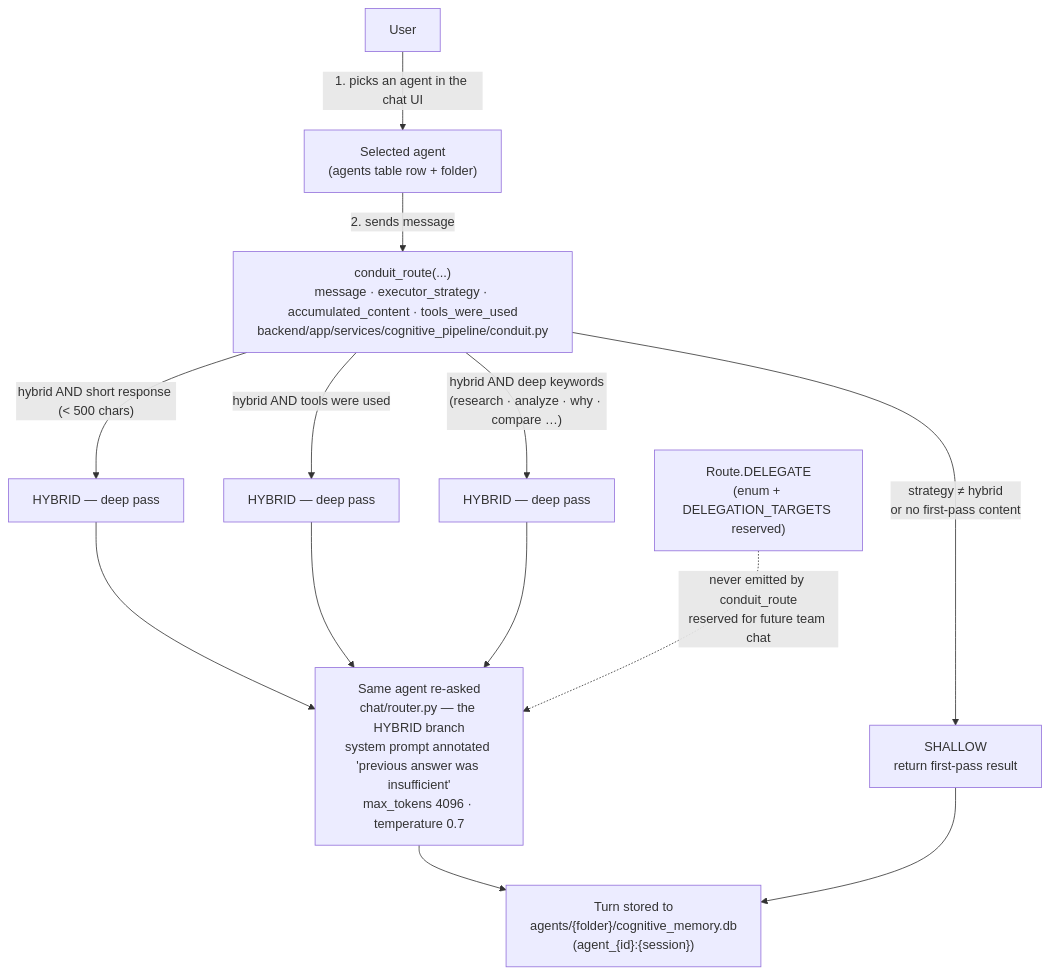
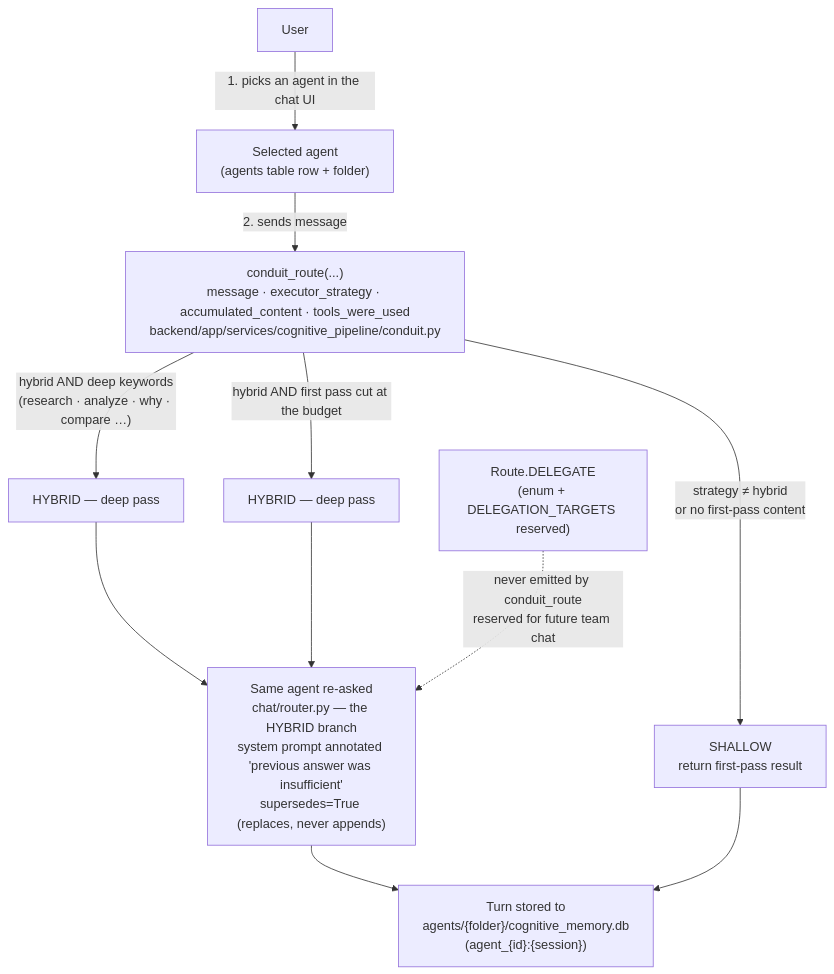
Before and after one commit to Developer-Pat/Cogitate: the third of 3 diagrams in wiki/atlas/ui/architecture/per-agent-architecture.md, drawn with Mermaid. The commit also changed other lines of this file, not shown here.

````diff
--- a/wiki/atlas/ui/architecture/per-agent-architecture.md
+++ b/wiki/atlas/ui/architecture/per-agent-architecture.md
@@ -360,19 +360,17 @@
 ```mermaid
 flowchart TD
     USER["User"] -->|"1. picks an agent in the chat UI"| PICK["Selected agent<br/>(agents table row + folder)"]
     PICK -->|"2. sends message"| ROUTE["conduit_route(...)<br/>message · executor_strategy · accumulated_content · tools_were_used<br/>backend/app/services/cognitive_pipeline/conduit.py"]
 
     ROUTE -->|"strategy ≠ hybrid<br/>or no first-pass content"| SHALLOW["SHALLOW<br/>return first-pass result"]
-    ROUTE -->|"hybrid AND short response (< 500 chars)"| HYBRID1["HYBRID — deep pass"]
-    ROUTE -->|"hybrid AND tools were used"| HYBRID2["HYBRID — deep pass"]
-    ROUTE -->|"hybrid AND deep keywords<br/>(research · analyze · why · compare …)"| HYBRID3["HYBRID — deep pass"]
+    ROUTE -->|"hybrid AND deep keywords<br/>(research · analyze · why · compare …)"| HYBRID1["HYBRID — deep pass"]
+    ROUTE -->|"hybrid AND first pass cut at the budget"| HYBRID2["HYBRID — deep pass"]
 
-    HYBRID1 --> SAME["Same agent re-asked<br/>chat/router.py — the HYBRID branch<br/>system prompt annotated 'previous answer was insufficient'<br/>max_tokens 4096 · temperature 0.7"]
+    HYBRID1 --> SAME["Same agent re-asked<br/>chat/router.py — the HYBRID branch<br/>system prompt annotated 'previous answer was insufficient'<br/>supersedes=True (replaces, never appends)"]
     HYBRID2 --> SAME
-    HYBRID3 --> SAME
 
     SAME --> MEMSTORE["Turn stored to<br/>agents/{folder}/cognitive_memory.db<br/>(agent_{id}:{session})"]
     SHALLOW --> MEMSTORE
 
     DELEGATE["Route.DELEGATE<br/>(enum + DELEGATION_TARGETS reserved)"] -.->|"never emitted by conduit_route<br/>reserved for future team chat"| SAME
 ```
````
